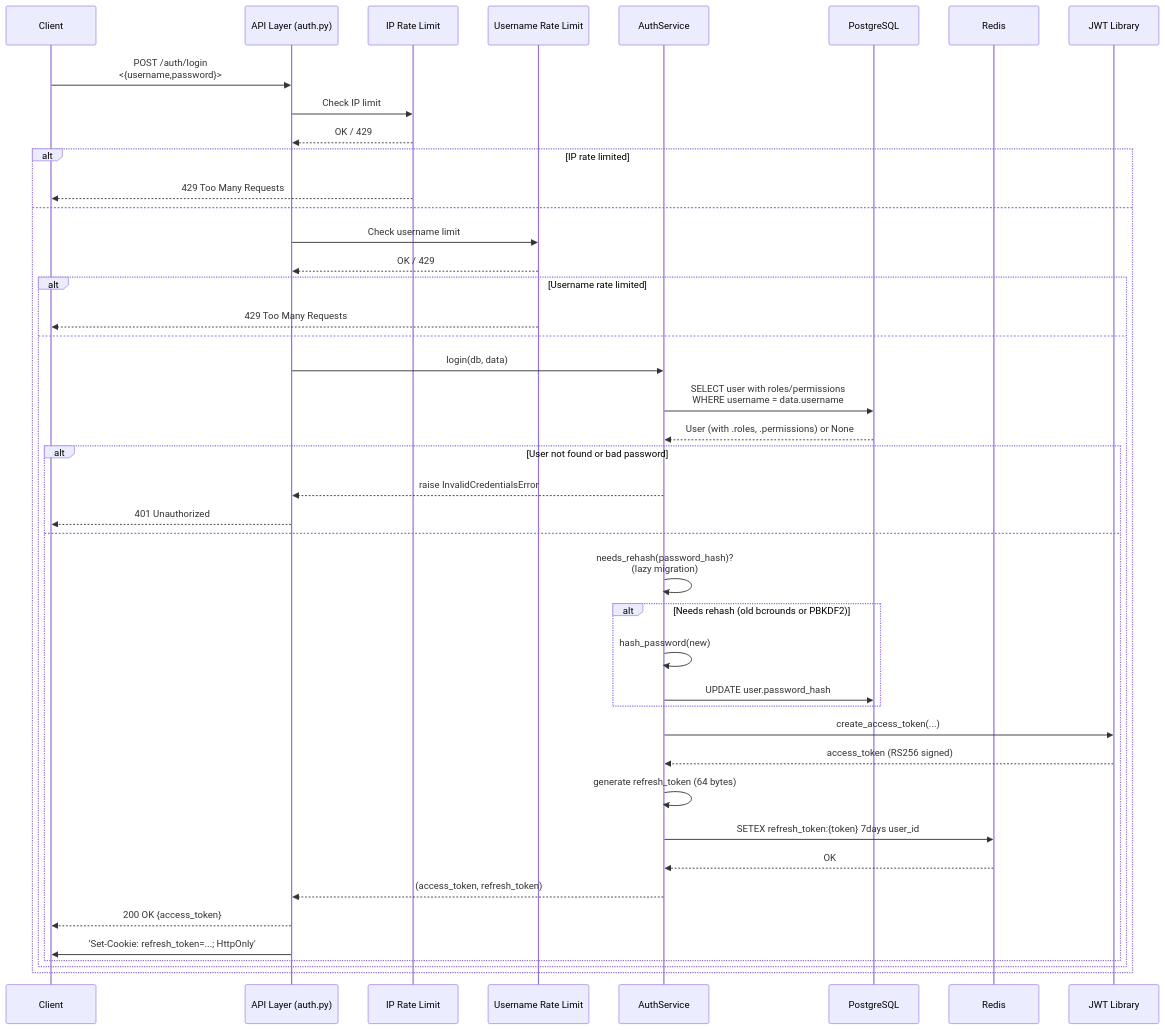
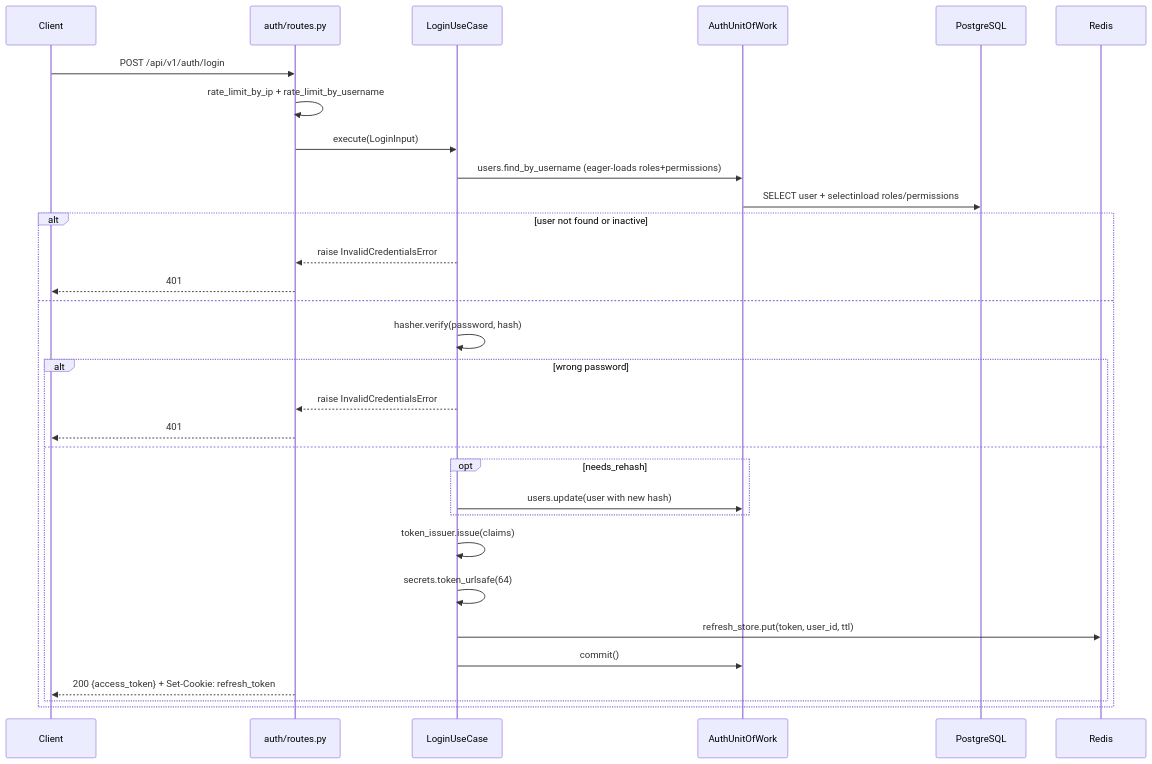
The second of 10 diagrams in docs/09-sequence-diagrams.md (anaswaleedtahir/kosmos-ecommerce), drawn with Mermaid before and after one commit. The commit also changed other lines of this file and 7 other files, not shown here.

First line of the commit message:
docs: update all docs to reflect hexagonal architecture

````diff
--- a/docs/09-sequence-diagrams.md
+++ b/docs/09-sequence-diagrams.md
@@ -53,46 +44,34 @@
 ```mermaid
 sequenceDiagram
     participant Client
-    participant API as API Layer (auth.py)
-    participant RateIP as IP Rate Limit
-    participant RateUser as Username Rate Limit
-    participant Service as AuthService
+    participant Route as auth/routes.py
+    participant UC as LoginUseCase
+    participant UoW as AuthUnitOfWork
     participant DB as PostgreSQL
-    participant Redis as Redis
-    participant JWT as JWT Library
+    participant Redis
 
-    Client->>API: POST /auth/login<br/><{username,password}>
-    API->>RateIP: Check IP limit
-    RateIP-->>API: OK / 429
-    alt IP rate limited
-        RateIP-->>Client: 429 Too Many Requests
+    Client->>Route: POST /api/v1/auth/login
+    Route->>Route: rate_limit_by_ip + rate_limit_by_username
+    Route->>UC: execute(LoginInput)
+    UC->>UoW: users.find_by_username (eager-loads roles+permissions)
+    UoW->>DB: SELECT user + selectinload roles/permissions
+    alt user not found or inactive
+        UC-->>Route: raise InvalidCredentialsError
+        Route-->>Client: 401
     else
-        API->>RateUser: Check username limit
-        RateUser-->>API: OK / 429
-        alt Username rate limited
-            RateUser-->>Client: 429 Too Many Requests
+        UC->>UC: hasher.verify(password, hash)
+        alt wrong password
+            UC-->>Route: raise InvalidCredentialsError
+            Route-->>Client: 401
         else
-            API->>Service: login(db, data)
-            Service->>DB: SELECT user with roles/permissions<br/>WHERE username = data.username
-            DB-->>Service: User (with .roles, .permissions) or None
-            alt User not found or bad password
-                Service-->>API: raise InvalidCredentialsError
-                API-->>Client: 401 Unauthorized
-            else
-                Service->>Service: needs_rehash(password_hash)?<br/>(lazy migration)
-                alt Needs rehash (old bcrounds or PBKDF2)
-                    Service->>Service: hash_password(new)
-                    Service->>DB: UPDATE user.password_hash
-                end
-                Service->>JWT: create_access_token(...)
-                JWT-->>Service: access_token (RS256 signed)
-                Service->>Service: generate refresh_token (64 bytes)
-                Service->>Redis: SETEX refresh_token:{token} 7days user_id
-                Redis-->>Service: OK
-                Service-->>API: (access_token, refresh_token)
-                API-->>Client: 200 OK {access_token}
-                API->>Client: 'Set-Cookie: refresh_token=...#59; HttpOnly'
+            opt needs_rehash
+                UC->>UoW: users.update(user with new hash)
             end
+            UC->>UC: token_issuer.issue(claims)
+            UC->>UC: secrets.token_urlsafe(64)
+            UC->>Redis: refresh_store.put(token, user_id, ttl)
+            UC->>UoW: commit()
+            Route-->>Client: 200 {access_token} + Set-Cookie: refresh_token
         end
     end
 ```
````
